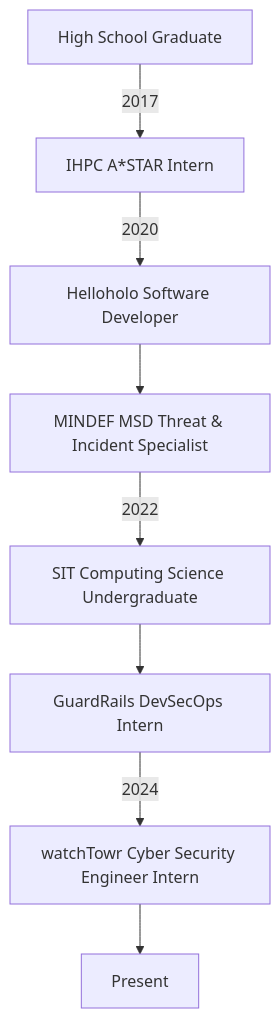
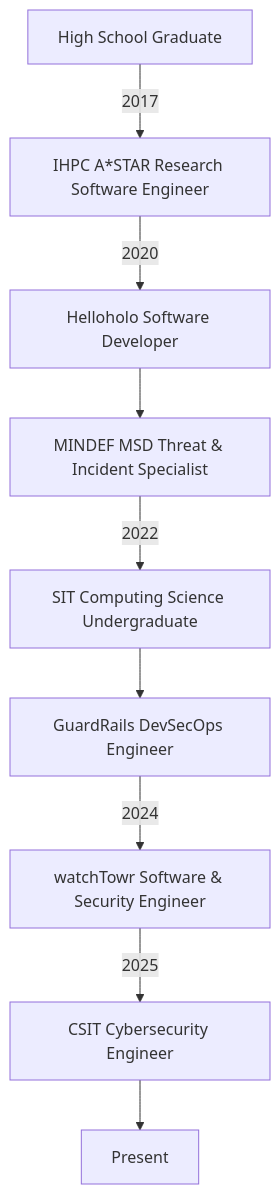
Before and after one commit to mcdulltii/mcdulltii: the diagram in README.md, drawn with Mermaid.

````diff
--- a/README.md
+++ b/README.md
@@ -12,16 +12,18 @@
 ```mermaid
 flowchart TD
-Start[High School Graduate] -- 2017 --> Emp1[IHPC A*STAR Intern] 
+Start[High School Graduate] -- 2017 --> Emp1[IHPC A*STAR Research Software Engineer]
 Emp1 -- 2020 --> Emp2[Helloholo Software Developer]
 Emp2 --> Emp3[MINDEF MSD Threat & Incident Specialist]
 Emp3 -- 2022 --> Uni[SIT Computing Science Undergraduate]
-Uni --> Emp4[GuardRails DevSecOps Intern]
-Emp4 -- 2024 --> Emp5[watchTowr Cyber Security Engineer Intern]
-Emp5 --> End[Present]
+Uni --> Emp4[GuardRails DevSecOps Engineer]
+Emp4 -- 2024 --> Emp5[watchTowr Software & Security Engineer]
+Emp5 -- 2025 --> Emp6[CSIT Cybersecurity Engineer]
+Emp6 --> End[Present]
 
-click Emp1 "https://github.com/mcdulltii/Resume/blob/master/resume.md#intern-at-institute-of-high-performance-computing-ihpc-astar-may-2017----jan-2018" _blank
-click Emp2 "https://github.com/mcdulltii/Resume/blob/master/resume.md#software-developer-at-helloholo-nov-2020----jan-2021" _blank
-click Emp3 "https://github.com/mcdulltii/Resume/blob/master/resume.md#threat-and-incident-specialist-at-mindef---military-security-department-msd-apr-2020----apr-2022" _blank
-click Emp4 "https://github.com/mcdulltii/Resume/blob/master/resume.md#devsecops-intern-at-guardrails-oct-2022---dec-2022" _blank
-click Emp5 "https://github.com/mcdulltii/Resume/blob/master/resume.md#cyber-security-engineer-intern-at-watchtowr-apr-2024---july-2024" _blank
+click Emp1 "https://github.com/mcdulltii/Resume/blob/master/resume.md#research-software-engineer-at-institute-of-high-performance-computing-ihpc-astar-2017----2018" _blank
+click Emp2 "https://github.com/mcdulltii/Resume/blob/master/resume.md#software-developer-at-helloholo-2020----2021" _blank
+click Emp3 "https://github.com/mcdulltii/Resume/blob/master/resume.md#threat-and-incident-specialist-at-mindef---military-security-department-msd-2020----2022" _blank
+click Emp4 "https://github.com/mcdulltii/Resume/blob/master/resume.md#devsecops-engineer-at-guardrails-2022" _blank
+click Emp5 "https://github.com/mcdulltii/Resume/blob/master/resume.md#software--security-engineer-at-watchtowr-2024" _blank
+click Emp6 "https://github.com/mcdulltii/Resume/blob/master/resume.md#cybersecurity-engineer-at-centre-for-strategic-infocomm-technologies-csit-2024----2025" _blank
 ```
````
